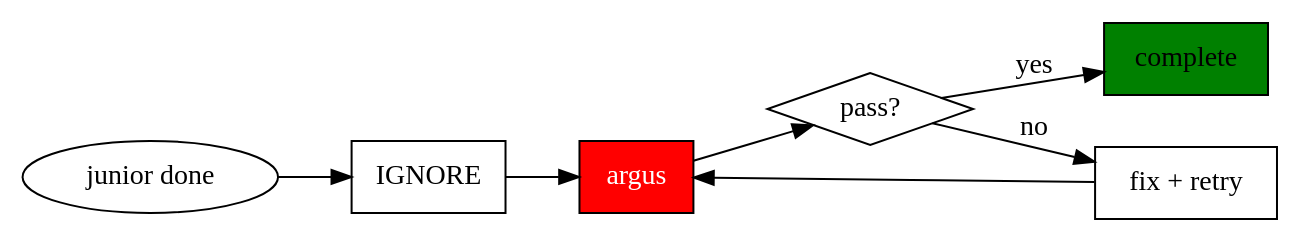
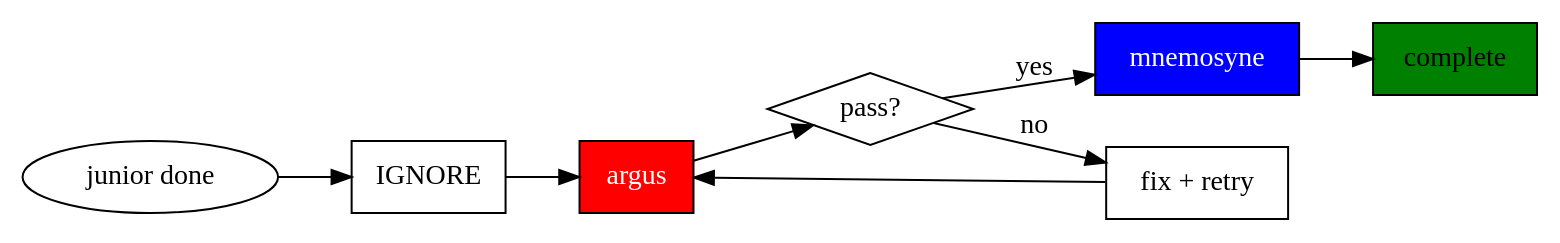
The second of 4 diagrams in skills/sisyphus/SKILL.md (toongri/oh-my-toong-playground), drawn with Graphviz before and after one commit. The commit also changed other lines of this file and 3 other files, not shown here.

````diff
--- a/skills/sisyphus/SKILL.md
+++ b/skills/sisyphus/SKILL.md
@@ -139,16 +143,18 @@
 ```dot
 digraph verification_flow {
     rankdir=LR;
     "junior done" [shape=ellipse];
     "IGNORE" [shape=box];
     "argus" [shape=box, style=filled, fillcolor=red, fontcolor=white];
     "pass?" [shape=diamond];
+    "mnemosyne" [shape=box, style=filled, fillcolor=blue, fontcolor=white];
     "complete" [shape=box, style=filled, fillcolor=green];
     "fix + retry" [shape=box];
 
     "junior done" -> "IGNORE" -> "argus" -> "pass?";
-    "pass?" -> "complete" [label="yes"];
+    "pass?" -> "mnemosyne" [label="yes"];
     "pass?" -> "fix + retry" [label="no"];
+    "mnemosyne" -> "complete";
     "fix + retry" -> "argus";
 }
 ```
````
